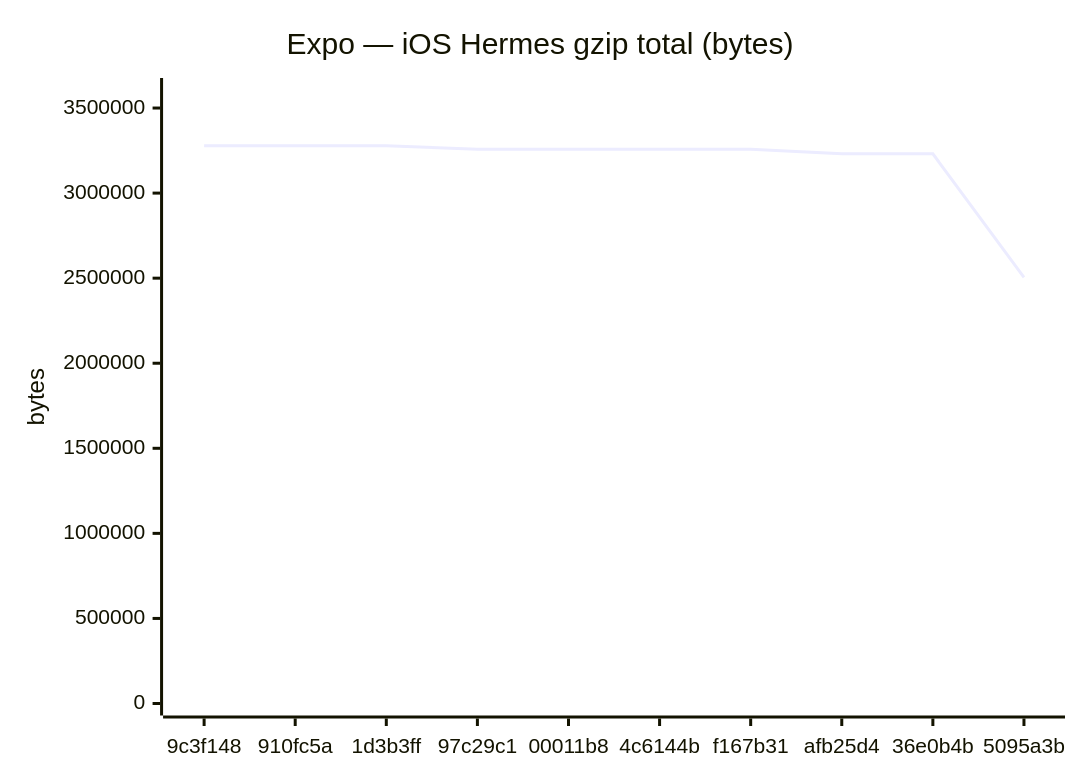
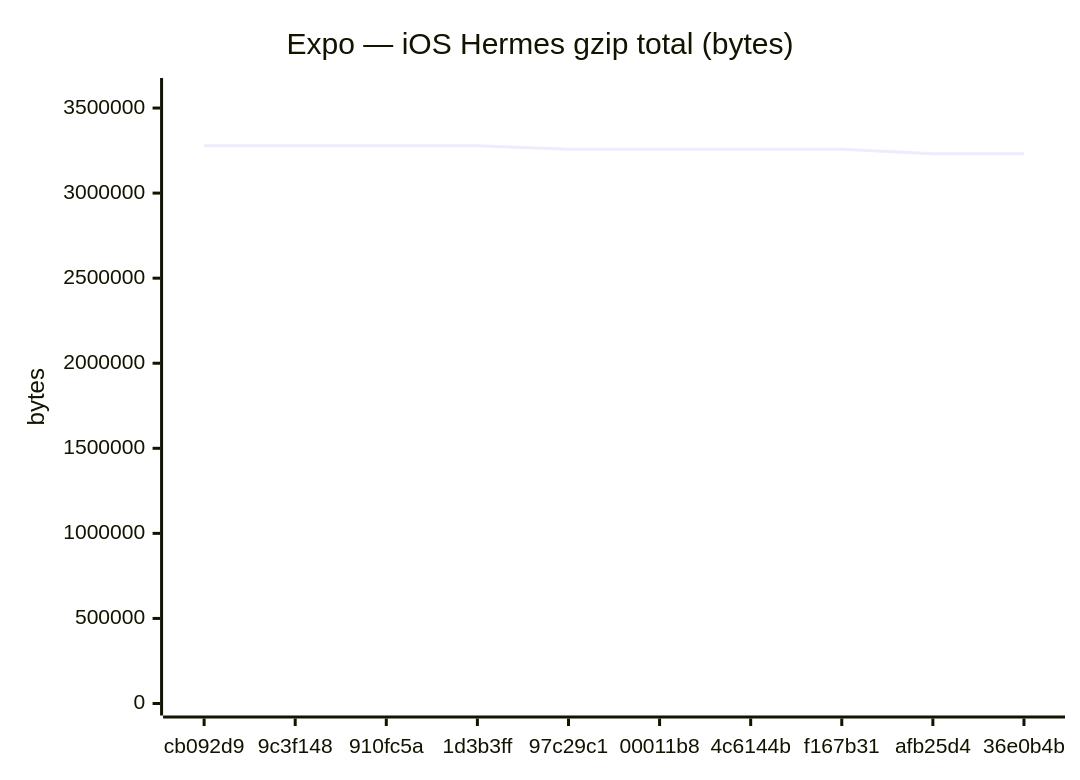
The sixth of 18 diagrams in benchmarks/compare.md (Metaheurist/Rianell), drawn with Mermaid before and after one commit. The commit also changed other lines of this file and 11 other files, not shown here.

````diff
--- a/benchmarks/compare.md
+++ b/benchmarks/compare.md
@@ -96,7 +96,7 @@
 ```mermaid
 xychart-beta
     title "Expo — iOS Hermes gzip total (bytes)"
-    x-axis ["9c3f148", "910fc5a", "1d3b3ff", "97c29c1", "00011b8", "4c6144b", "f167b31", "afb25d4", "36e0b4b", "5095a3b"]
+    x-axis ["cb092d9", "9c3f148", "910fc5a", "1d3b3ff", "97c29c1", "00011b8", "4c6144b", "f167b31", "afb25d4", "36e0b4b"]
     y-axis "bytes" 0 --> 3606019
-    line [3278199, 3277688, 3278198, 3258272, 3258276, 3258273, 3258270, 3230867, 3230712, 2504401]
+    line [3278198, 3278199, 3277688, 3278198, 3258272, 3258276, 3258273, 3258270, 3230867, 3230712]
 ```
````
